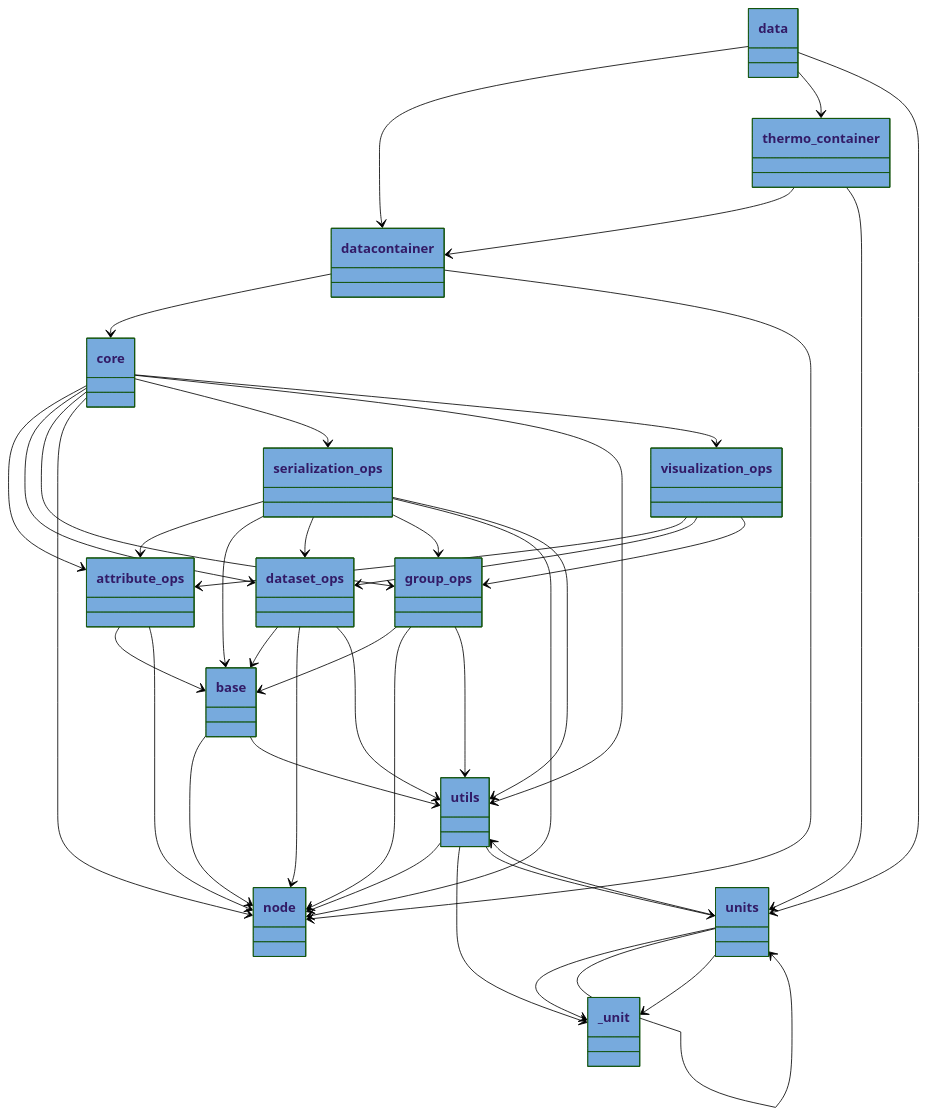
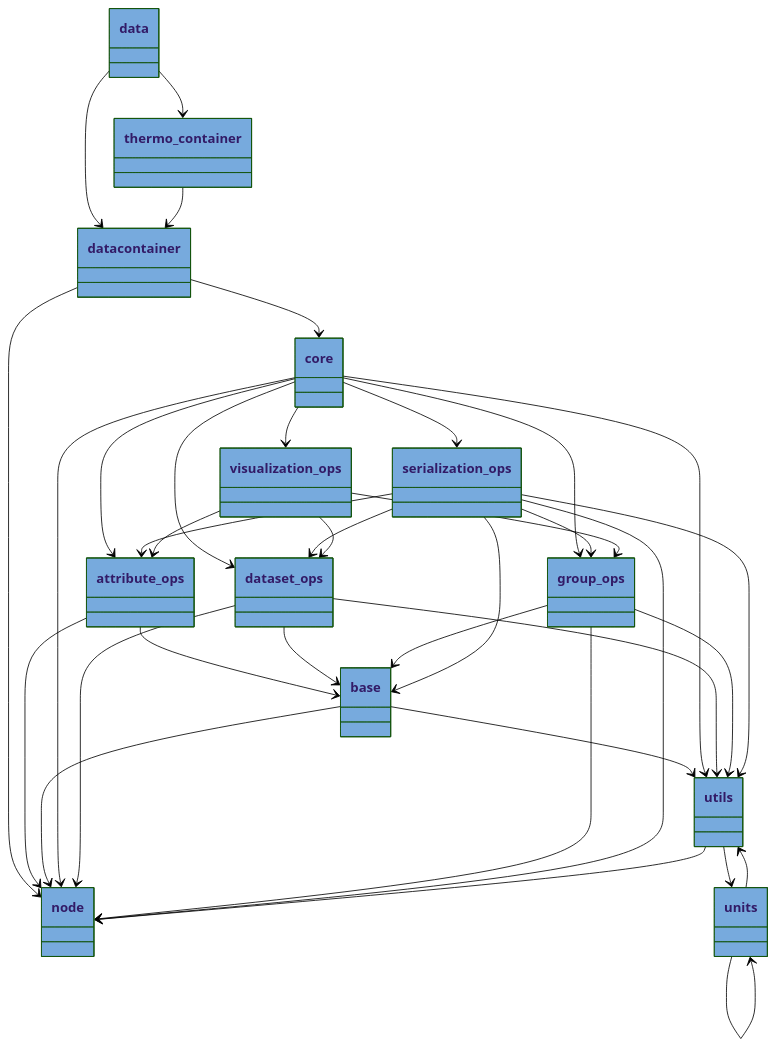
One commit to voidsy-gmbh/pyThermoNDT changed the diagram in docs/pyreverse/mermaid/packages_pythermondt.data.mmd. Above: the diagram before and after it, drawn with Mermaid (forest theme). The commit also changed 12 other files, not shown here.

```diff
--- a/docs/pyreverse/mermaid/packages_pythermondt.data.mmd
+++ b/docs/pyreverse/mermaid/packages_pythermondt.data.mmd
@@ -1,89 +1,81 @@
 classDiagram
   class data {
   }
   style data fill:#77AADD
   class datacontainer {
   }
   style datacontainer fill:#77AADD
   class attribute_ops {
   }
   style attribute_ops fill:#77AADD
   class base {
   }
   style base fill:#77AADD
   class core {
   }
   style core fill:#77AADD
   class dataset_ops {
   }
   style dataset_ops fill:#77AADD
   class group_ops {
   }
   style group_ops fill:#77AADD
   class node {
   }
   style node fill:#77AADD
   class serialization_ops {
   }
   style serialization_ops fill:#77AADD
   class utils {
   }
   style utils fill:#77AADD
   class visualization_ops {
   }
   style visualization_ops fill:#77AADD
   class thermo_container {
   }
   style thermo_container fill:#77AADD
   class units {
   }
   style units fill:#77AADD
-  class _unit {
-  }
-  style _unit fill:#77AADD
   class units {
   }
   style units fill:#77AADD
   class utils {
   }
   style utils fill:#77AADD
   data --> datacontainer
   data --> thermo_container
-  data --> units
   datacontainer --> core
   datacontainer --> node
   attribute_ops --> base
   attribute_ops --> node
   base --> node
   base --> utils
   core --> attribute_ops
   core --> dataset_ops
   core --> group_ops
   core --> node
   core --> serialization_ops
   core --> utils
   core --> visualization_ops
   dataset_ops --> base
   dataset_ops --> node
   dataset_ops --> utils
   group_ops --> base
   group_ops --> node
   group_ops --> utils
   serialization_ops --> attribute_ops
   serialization_ops --> base
   serialization_ops --> dataset_ops
   serialization_ops --> group_ops
   serialization_ops --> node
   serialization_ops --> utils
   utils --> node
   visualization_ops --> attribute_ops
   visualization_ops --> dataset_ops
   visualization_ops --> group_ops
   thermo_container --> datacontainer
-  thermo_container --> units
-  units --> _unit
   units --> units
   units --> utils
-  units --> _unit
-  utils --> _unit
   utils --> units
```
